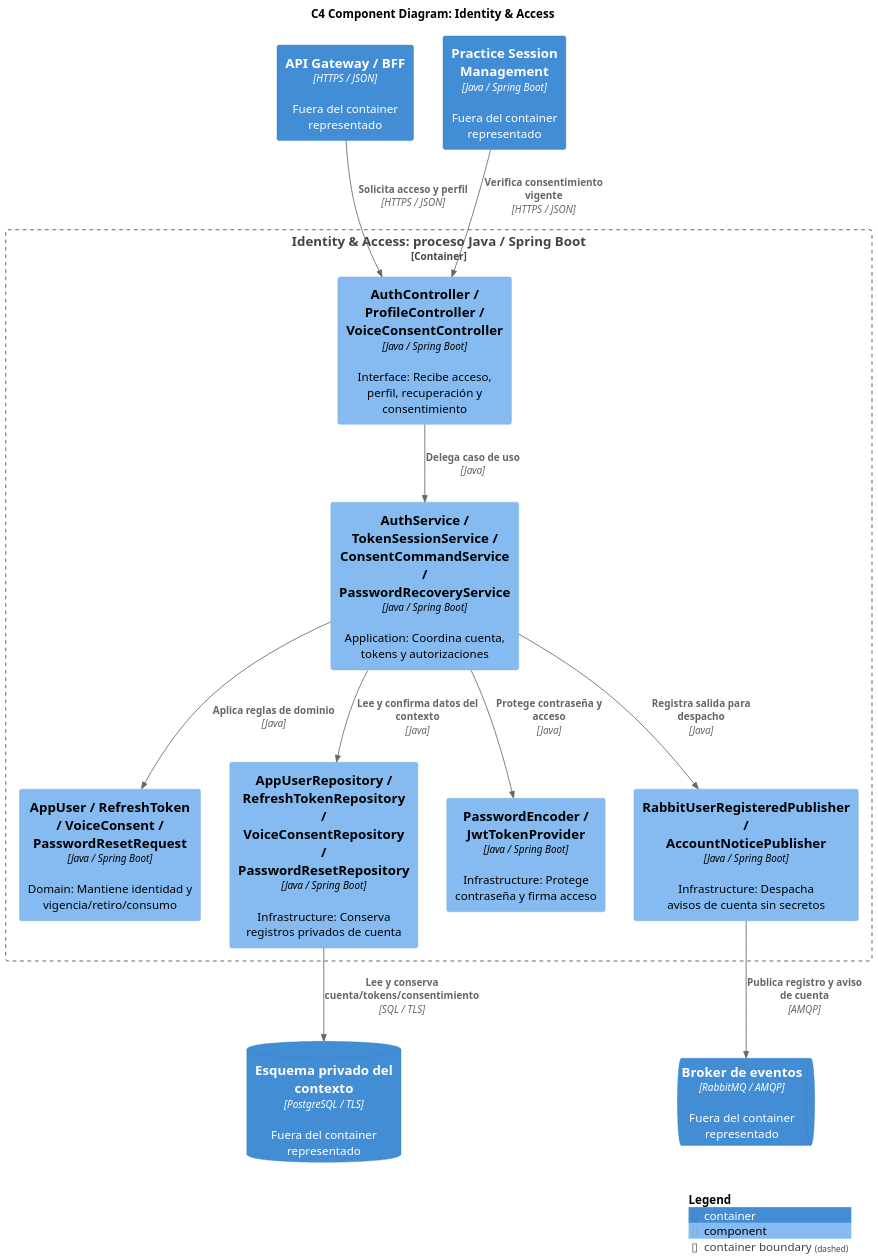
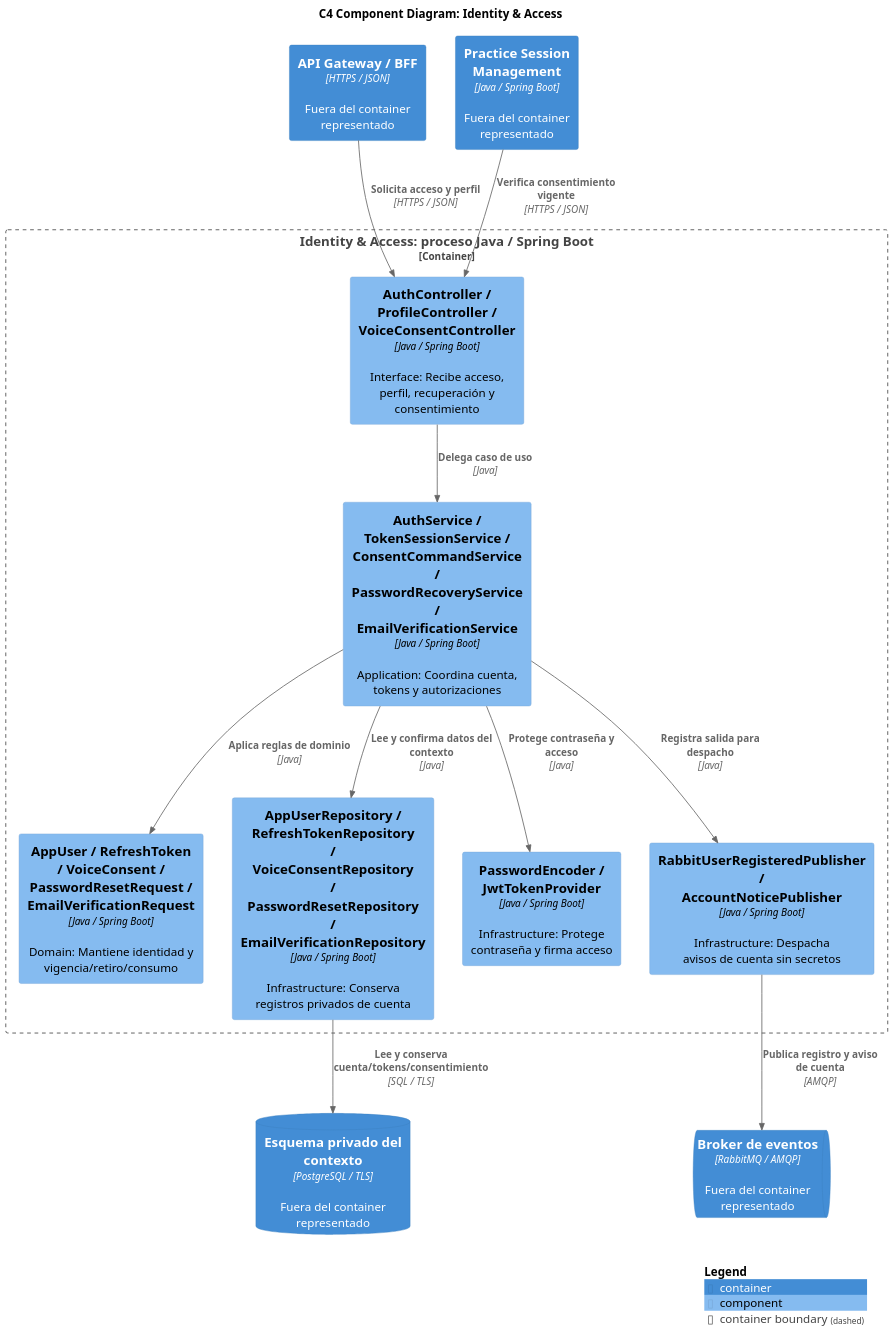
One commit to upc-pre-202620-si728-16365-thropic/talki-project-report changed the diagram in assets/diagrams/tactical/08-identity-access-components.puml. Above: the diagram before and after it, drawn with PlantUML. The commit also changed 23 other files, not shown here.

```diff
--- a/assets/diagrams/tactical/08-identity-access-components.puml
+++ b/assets/diagrams/tactical/08-identity-access-components.puml
@@ -1,29 +1,29 @@
 @startuml
 !include <C4/C4_Component>
 skinparam defaultFontName Arial
 skinparam dpi 150
 LAYOUT_TOP_DOWN()
 title C4 Component Diagram: Identity & Access
 Container(bff, "API Gateway / BFF", "HTTPS / JSON", "Fuera del container representado")
 ContainerQueue(bus, "Broker de eventos", "RabbitMQ / AMQP", "Fuera del container representado")
 ContainerDb(db, "Esquema privado del contexto", "PostgreSQL / TLS", "Fuera del container representado")
 Container(sessions, "Practice Session Management", "Java / Spring Boot", "Fuera del container representado")
 Container_Boundary(scope, "Identity & Access: proceso Java / Spring Boot") {
   Component(api, "AuthController / ProfileController / VoiceConsentController", "Java / Spring Boot", "Interface: Recibe acceso, perfil, recuperación y consentimiento")
-  Component(app, "AuthService / TokenSessionService / ConsentCommandService / PasswordRecoveryService", "Java / Spring Boot", "Application: Coordina cuenta, tokens y autorizaciones")
-  Component(rules, "AppUser / RefreshToken / VoiceConsent / PasswordResetRequest", "Java / Spring Boot", "Domain: Mantiene identidad y vigencia/retiro/consumo")
-  Component(repo, "AppUserRepository / RefreshTokenRepository / VoiceConsentRepository / PasswordResetRepository", "Java / Spring Boot", "Infrastructure: Conserva registros privados de cuenta")
+  Component(app, "AuthService / TokenSessionService / ConsentCommandService / PasswordRecoveryService / EmailVerificationService", "Java / Spring Boot", "Application: Coordina cuenta, tokens y autorizaciones")
+  Component(rules, "AppUser / RefreshToken / VoiceConsent / PasswordResetRequest / EmailVerificationRequest", "Java / Spring Boot", "Domain: Mantiene identidad y vigencia/retiro/consumo")
+  Component(repo, "AppUserRepository / RefreshTokenRepository / VoiceConsentRepository / PasswordResetRepository / EmailVerificationRepository", "Java / Spring Boot", "Infrastructure: Conserva registros privados de cuenta")
   Component(security, "PasswordEncoder / JwtTokenProvider", "Java / Spring Boot", "Infrastructure: Protege contraseña y firma acceso")
   Component(publisher, "RabbitUserRegisteredPublisher / AccountNoticePublisher", "Java / Spring Boot", "Infrastructure: Despacha avisos de cuenta sin secretos")
 }
 Rel(api, app, "Delega caso de uso", "Java")
 Rel(app, rules, "Aplica reglas de dominio", "Java")
 Rel(app, repo, "Lee y confirma datos del contexto", "Java")
 Rel(app, security, "Protege contraseña y acceso", "Java")
 Rel(app, publisher, "Registra salida para despacho", "Java")
 Rel(bff, api, "Solicita acceso y perfil", "HTTPS / JSON")
 Rel(sessions, api, "Verifica consentimiento vigente", "HTTPS / JSON")
 Rel(repo, db, "Lee y conserva cuenta/tokens/consentimiento", "SQL / TLS")
 Rel(publisher, bus, "Publica registro y aviso de cuenta", "AMQP")
 SHOW_LEGEND()
 @enduml
```
